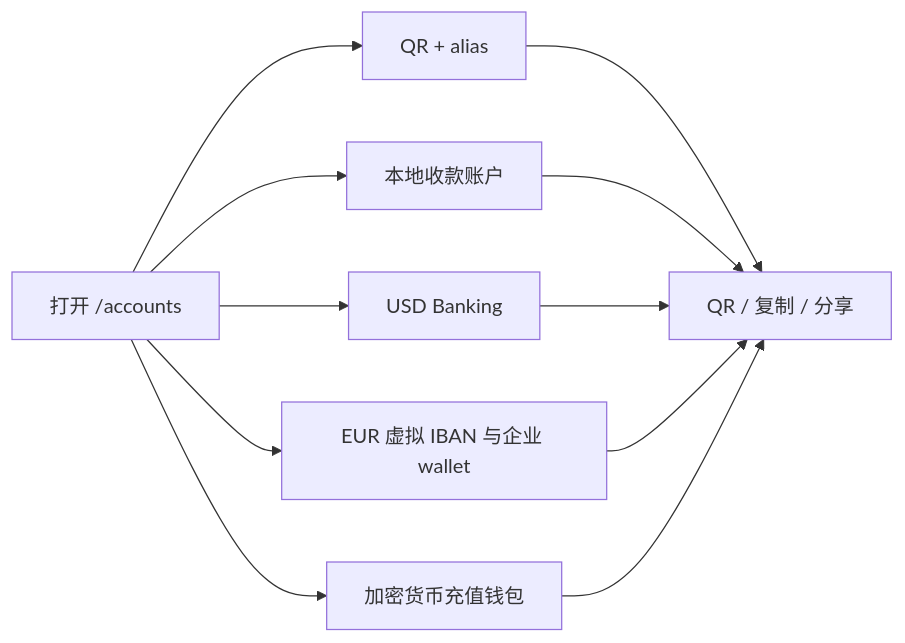
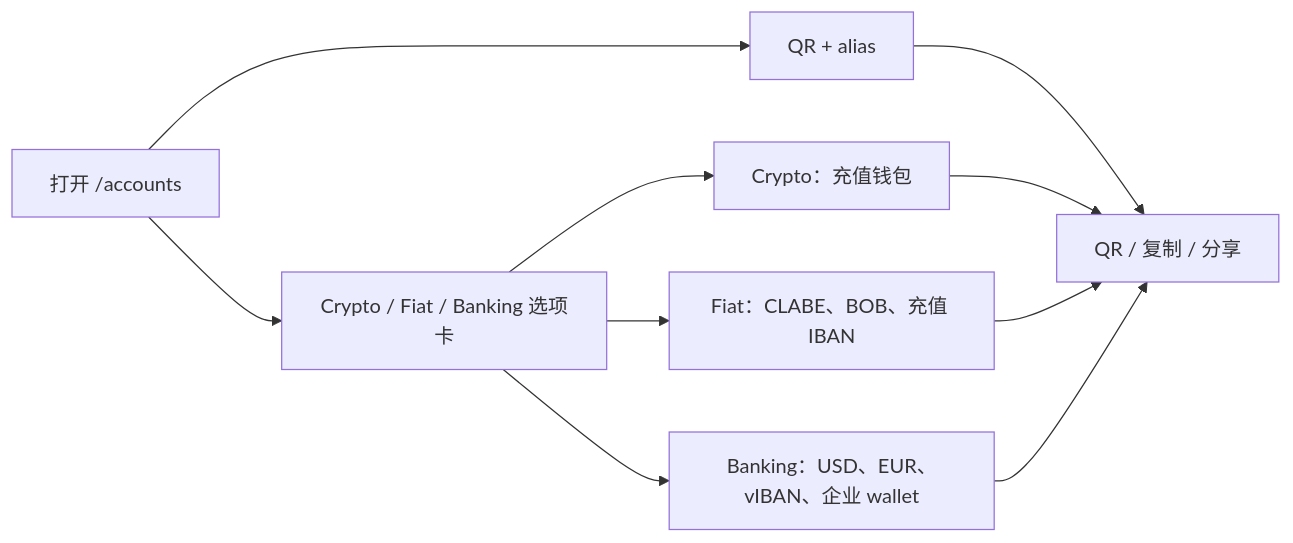
Before and after one commit to CBpayapp/cbpay-docs: the diagram in mcp-pack/guides/zh/guides/accounts.md, drawn with Mermaid. The commit also changed other lines of this file and 25 other files, not shown here.

````diff
--- a/mcp-pack/guides/zh/guides/accounts.md
+++ b/mcp-pack/guides/zh/guides/accounts.md
@@ -23,13 +41,12 @@
 ```mermaid
 flowchart LR
   open["打开 /accounts"] --> qr["QR + alias"]
-  open --> local["本地收款账户"]
-  open --> banking["USD Banking"]
-  open --> eur["EUR 虚拟 IBAN 与企业 wallet"]
-  open --> crypto["加密货币充值钱包"]
+  open --> tabs["Crypto / Fiat / Banking 选项卡"]
+  tabs --> crypto["Crypto：充值钱包"]
+  tabs --> fiat["Fiat：CLABE、BOB、充值 IBAN"]
+  tabs --> banking["Banking：USD、EUR、vIBAN、企业 wallet"]
   qr --> share["QR / 复制 / 分享"]
-  local --> share
+  crypto --> share
+  fiat --> share
   banking --> share
-  eur --> share
-  crypto --> share
 ```
````
